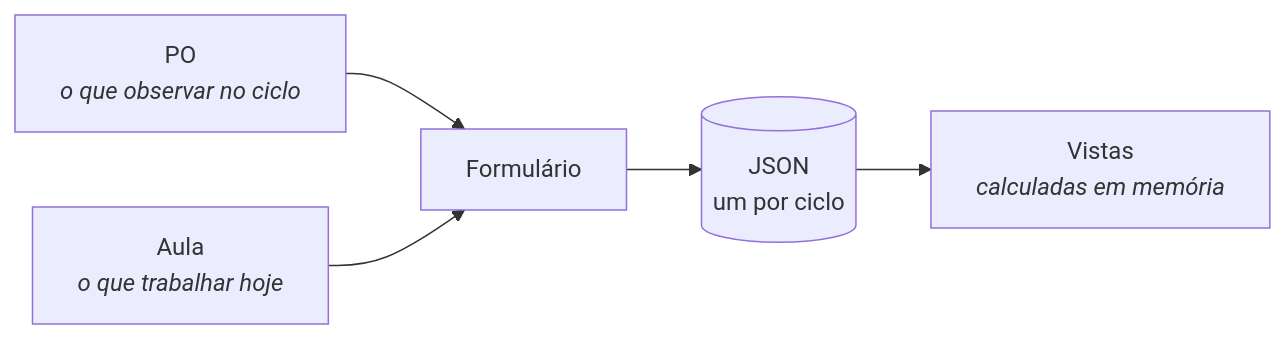
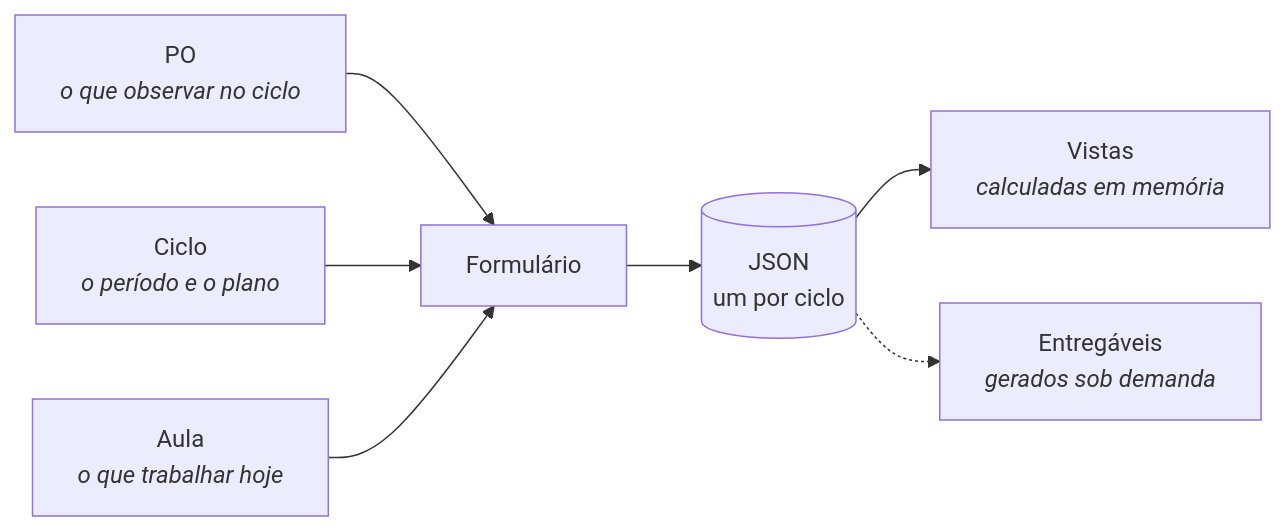
One commit to tmenegaz/danca changed the first of 3 diagrams in ARQUITETURA-CAPTURA.md. Above: the diagram before and after it, drawn with Mermaid. The commit also changed other lines of this file, not shown here.

First line of the commit message:
docs(ideia): tres entradas e entregaveis sob demanda na arquitetura

````diff
--- a/ARQUITETURA-CAPTURA.md
+++ b/ARQUITETURA-CAPTURA.md
@@ -23,7 +23,9 @@
 ```mermaid
 flowchart LR
   PO["PO<br/><i>o que observar no ciclo</i>"] --> F["Formulário"]
+  CI["Ciclo<br/><i>o período e o plano</i>"] --> F
   AU["Aula<br/><i>o que trabalhar hoje</i>"] --> F
   F --> JS[("JSON<br/>um por ciclo")]
   JS --> V["Vistas<br/><i>calculadas em memória</i>"]
+  JS -.-> E["Entregáveis<br/><i>gerados sob demanda</i>"]
 ```
````
